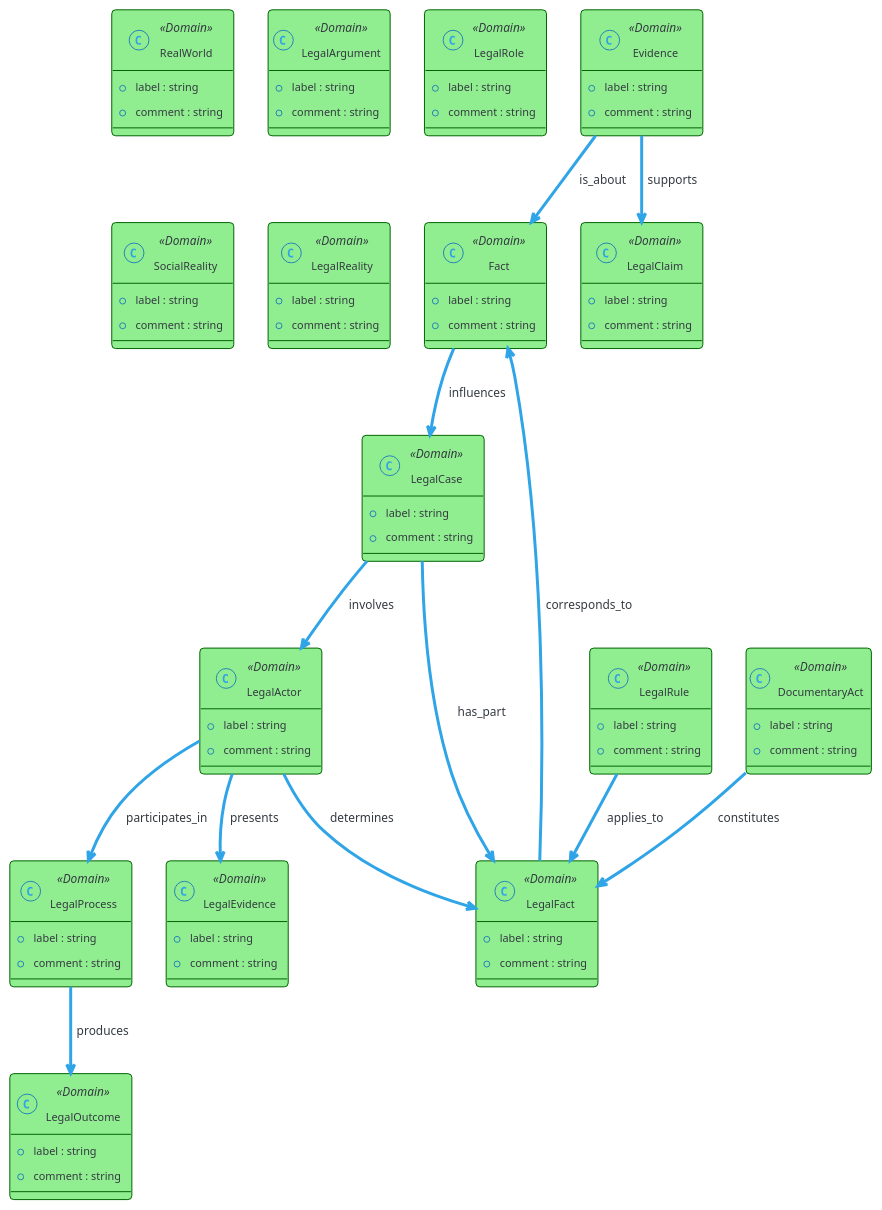
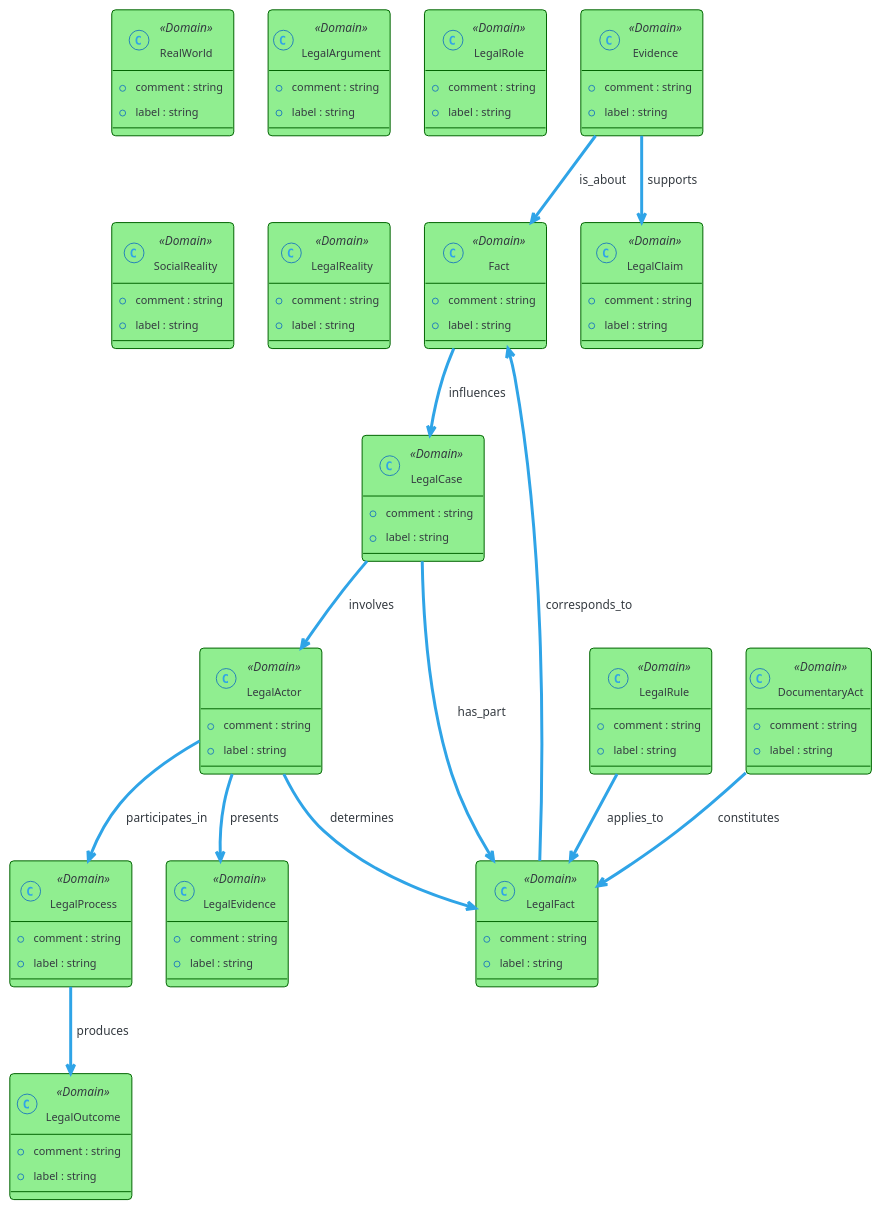
The diagram in static/diagrams/a95abc2343d04b159f9d02e6b310e10f.plantuml (dkoepsell/OwlTesterService), drawn with PlantUML before and after one commit. The commit also changed other lines of this file and 2 other files, not shown here.

First line of the commit message:
Improve real-world implication generation and display ontology class labels

```diff
--- a/static/diagrams/a95abc2343d04b159f9d02e6b310e10f.plantuml
+++ b/static/diagrams/a95abc2343d04b159f9d02e6b310e10f.plantuml
@@ -1,83 +1,83 @@
 @startuml
 ' Ontology Class Diagram
 ' Ontology: a95abc2343d04b159f9d02e6b310e10f
 ' Generated by FOL-BFO-OWL Tester
 
 ' Use dark blue theme
 !theme cerulean-outline
 
 ' Styling options
 skinparam class {
   BackgroundColor<<BFO>> LightBlue
   BorderColor<<BFO>> DarkBlue
   BackgroundColor<<Domain>> LightGreen
   BorderColor<<Domain>> DarkGreen
   BackgroundColor<<Individual>> White
   BorderColor<<Individual>> Gray
 }
 
 ' Class definitions
 class "Evidence" <<Domain>>
+"Evidence" : +comment : string
 "Evidence" : +label : string
-"Evidence" : +comment : string
 class "Fact" <<Domain>>
+"Fact" : +comment : string
 "Fact" : +label : string
-"Fact" : +comment : string
 class "LegalActor" <<Domain>>
+"LegalActor" : +comment : string
 "LegalActor" : +label : string
-"LegalActor" : +comment : string
 class "LegalFact" <<Domain>>
+"LegalFact" : +comment : string
 "LegalFact" : +label : string
-"LegalFact" : +comment : string
 class "LegalClaim" <<Domain>>
+"LegalClaim" : +comment : string
 "LegalClaim" : +label : string
-"LegalClaim" : +comment : string
 class "RealWorld" <<Domain>>
+"RealWorld" : +comment : string
 "RealWorld" : +label : string
-"RealWorld" : +comment : string
 class "LegalArgument" <<Domain>>
+"LegalArgument" : +comment : string
 "LegalArgument" : +label : string
-"LegalArgument" : +comment : string
 class "LegalCase" <<Domain>>
+"LegalCase" : +comment : string
 "LegalCase" : +label : string
-"LegalCase" : +comment : string
 class "LegalRule" <<Domain>>
+"LegalRule" : +comment : string
 "LegalRule" : +label : string
-"LegalRule" : +comment : string
 class "LegalProcess" <<Domain>>
+"LegalProcess" : +comment : string
 "LegalProcess" : +label : string
-"LegalProcess" : +comment : string
 class "LegalRole" <<Domain>>
+"LegalRole" : +comment : string
 "LegalRole" : +label : string
-"LegalRole" : +comment : string
 class "LegalEvidence" <<Domain>>
+"LegalEvidence" : +comment : string
 "LegalEvidence" : +label : string
-"LegalEvidence" : +comment : string
 class "DocumentaryAct" <<Domain>>
+"DocumentaryAct" : +comment : string
 "DocumentaryAct" : +label : string
-"DocumentaryAct" : +comment : string
 class "LegalOutcome" <<Domain>>
+"LegalOutcome" : +comment : string
 "LegalOutcome" : +label : string
-"LegalOutcome" : +comment : string
 class "SocialReality" <<Domain>>
+"SocialReality" : +comment : string
 "SocialReality" : +label : string
-"SocialReality" : +comment : string
 class "LegalReality" <<Domain>>
+"LegalReality" : +comment : string
 "LegalReality" : +label : string
-"LegalReality" : +comment : string
 
 ' Object properties
 "Evidence" --> "Fact" : is_about
 "LegalActor" --> "LegalFact" : determines
 "Evidence" --> "LegalClaim" : supports
 "Fact" --> "LegalCase" : influences
 "LegalRule" --> "LegalFact" : applies_to
 "LegalActor" --> "LegalProcess" : participates_in
 "LegalFact" --> "Fact" : corresponds_to
 "LegalActor" --> "LegalEvidence" : presents
 "LegalCase" --> "LegalFact" : has_part
 "DocumentaryAct" --> "LegalFact" : constitutes
 "LegalCase" --> "LegalActor" : involves
 "LegalProcess" --> "LegalOutcome" : produces
 
 @enduml
```
